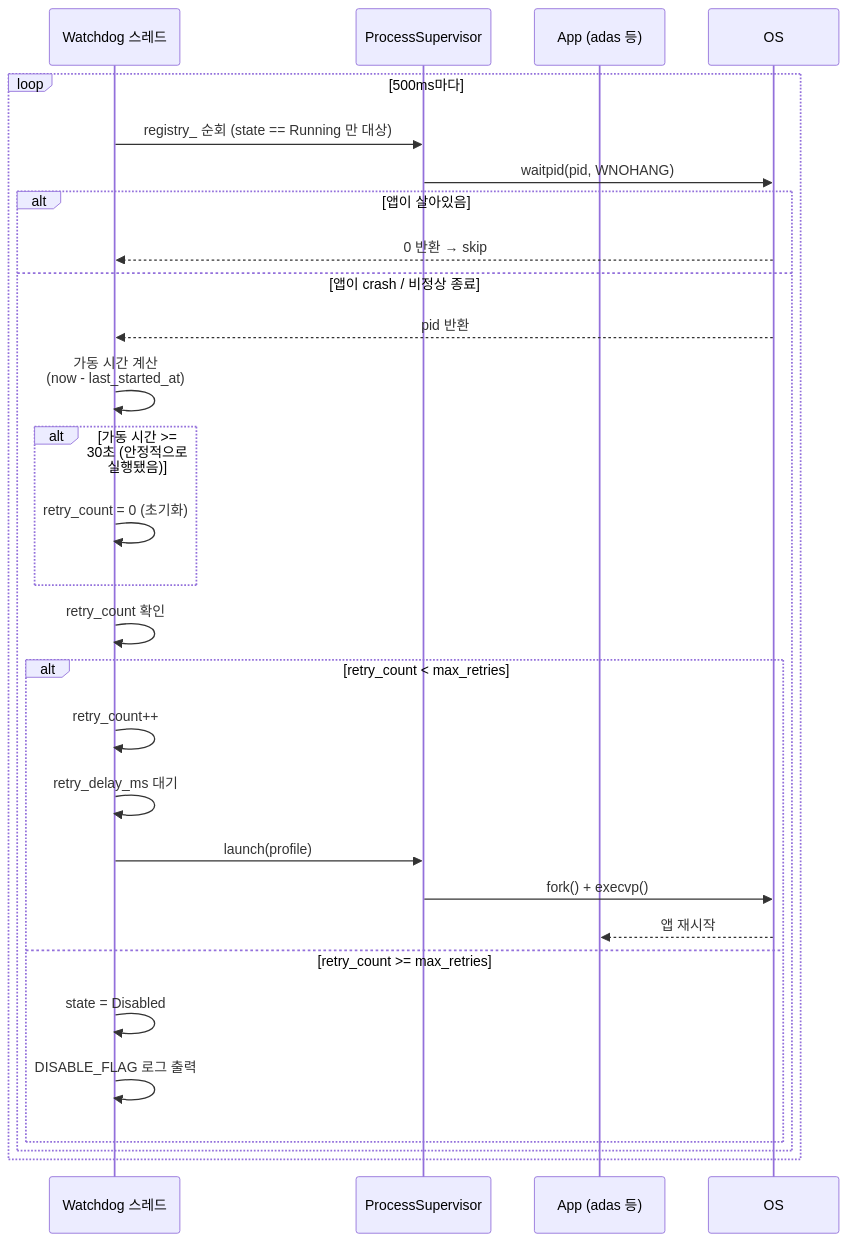
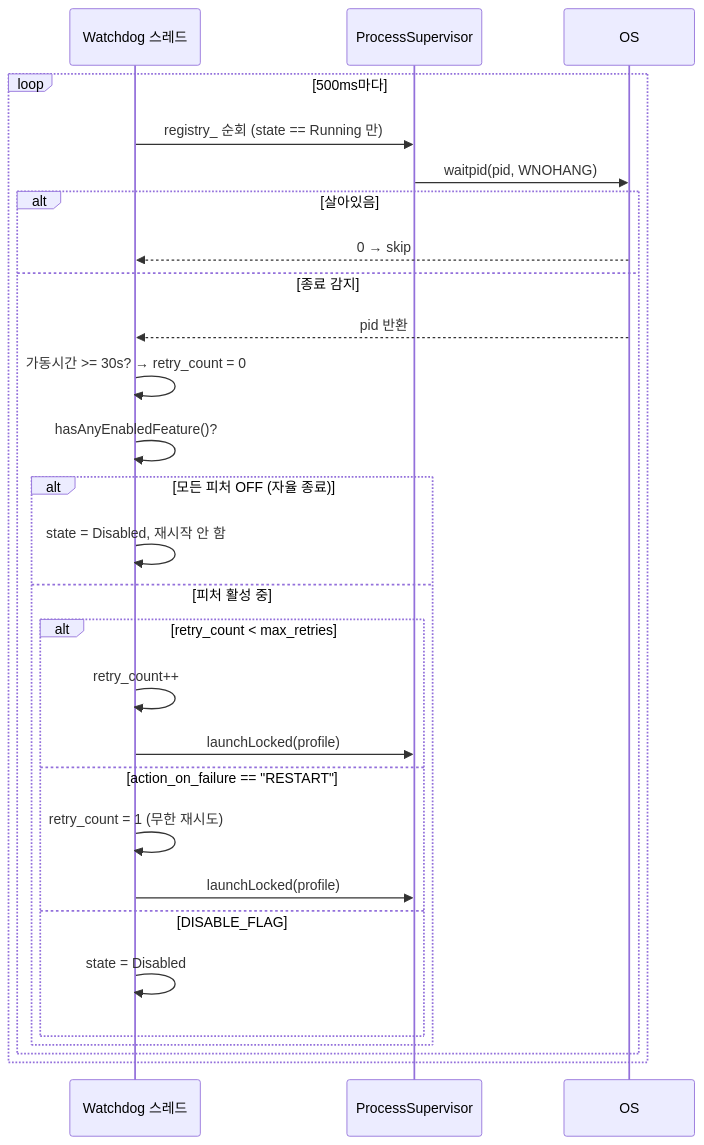
One commit to Suehyun666/Platform changed the fifth of 5 diagrams in docs/architecture.md. Above: the diagram before and after it, drawn with Mermaid. The commit also changed other lines of this file and 20 other files, not shown here.

````diff
--- a/docs/architecture.md
+++ b/docs/architecture.md
@@ -199,36 +241,33 @@
 ```mermaid
 sequenceDiagram
     participant WD as Watchdog 스레드
     participant PS as ProcessSupervisor
-    participant AP as App (adas 등)
     participant OS as OS
 
     loop 500ms마다
-        WD->>PS: registry_ 순회 (state == Running 만 대상)
+        WD->>PS: registry_ 순회 (state == Running 만)
         PS->>OS: waitpid(pid, WNOHANG)
 
-        alt 앱이 살아있음
-            OS-->>WD: 0 반환 → skip
-        else 앱이 crash / 비정상 종료
+        alt 살아있음
+            OS-->>WD: 0 → skip
+        else 종료 감지
             OS-->>WD: pid 반환
-            WD->>WD: 가동 시간 계산<br/>(now - last_started_at)
+            WD->>WD: 가동시간 >= 30s? → retry_count = 0
+            WD->>WD: hasAnyEnabledFeature()?
 
-            alt 가동 시간 >= 30초 (안정적으로 실행됐음)
-                WD->>WD: retry_count = 0 (초기화)
-            end
-
-            WD->>WD: retry_count 확인
-
-            alt retry_count < max_retries
-                WD->>WD: retry_count++
-                WD->>WD: retry_delay_ms 대기
-                WD->>PS: launch(profile)
-                PS->>OS: fork() + execvp()
-                OS-->>AP: 앱 재시작
-            else retry_count >= max_retries
-                WD->>WD: state = Disabled
-                WD->>WD: DISABLE_FLAG 로그 출력
+            alt 모든 피처 OFF (자율 종료)
+                WD->>WD: state = Disabled, 재시작 안 함
+            else 피처 활성 중
+                alt retry_count < max_retries
+                    WD->>WD: retry_count++
+                    WD->>PS: launchLocked(profile)
+                else action_on_failure == "RESTART"
+                    WD->>WD: retry_count = 1 (무한 재시도)
+                    WD->>PS: launchLocked(profile)
+                else DISABLE_FLAG
+                    WD->>WD: state = Disabled
+                end
             end
         end
     end
 ```
````
